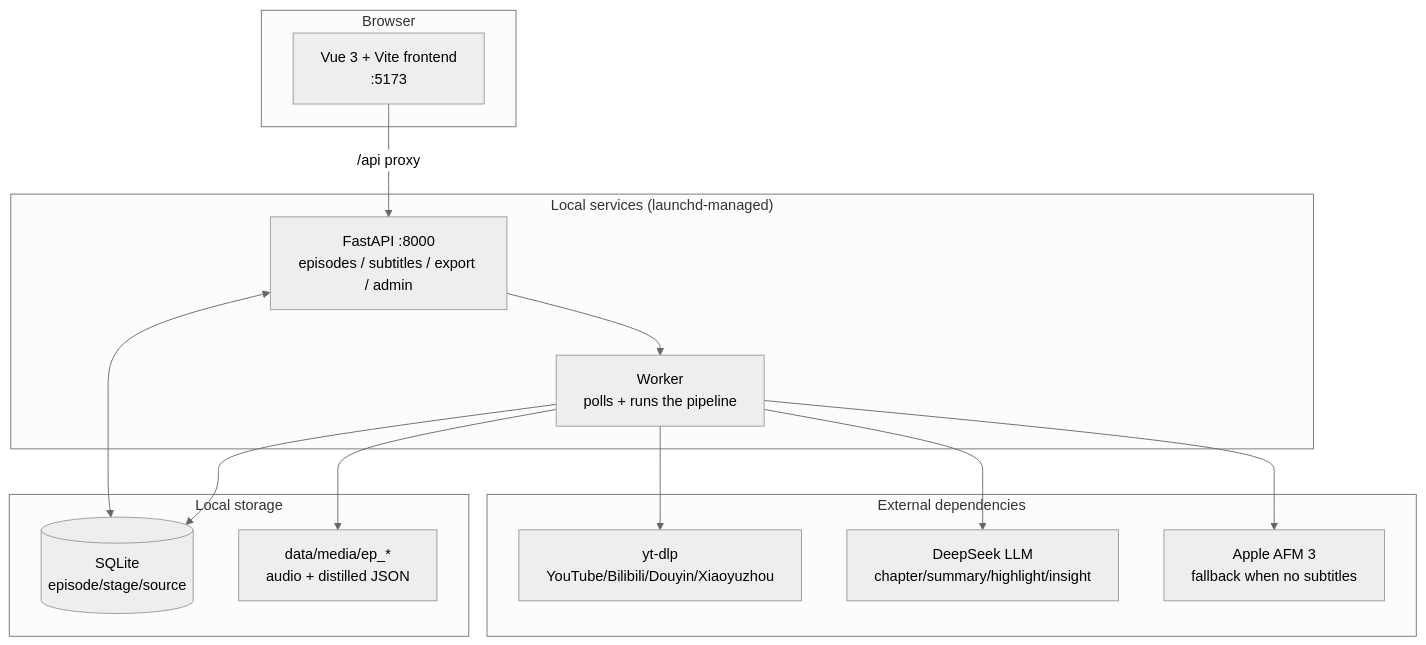
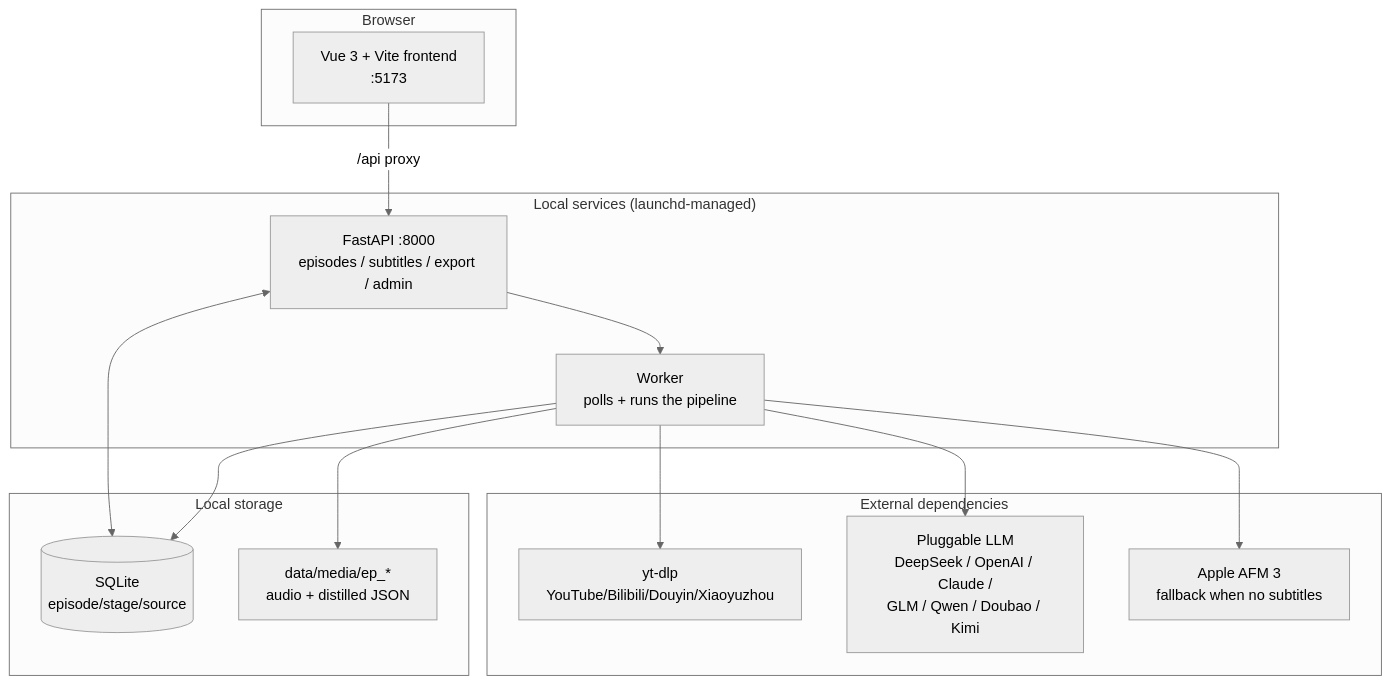
Before and after one commit to Alliskyline2020/podcast-digester: the second of 2 diagrams in README.en.md, drawn with Mermaid (neutral theme). The commit also changed other lines of this file and 3 other files, not shown here.

````diff
--- a/README.en.md
+++ b/README.en.md
@@ -74,28 +98,28 @@
 ```mermaid
 flowchart TB
     subgraph Browser["Browser"]
         FE["Vue 3 + Vite frontend<br/>:5173"]
     end
     subgraph Backend["Local services (launchd-managed)"]
         API["FastAPI :8000<br/>episodes / subtitles / export / admin"]
         WK["Worker<br/>polls + runs the pipeline"]
     end
     subgraph Data["Local storage"]
         DB[("SQLite<br/>episode/stage/source")]
         FS["data/media/ep_*<br/>audio + distilled JSON"]
     end
     subgraph External["External dependencies"]
         YT["yt-dlp<br/>YouTube/Bilibili/Douyin/Xiaoyuzhou"]
-        LLM["DeepSeek LLM<br/>chapter/summary/highlight/insight"]
+        LLM["Pluggable LLM<br/>DeepSeek / OpenAI / Claude /<br/>GLM / Qwen / Doubao / Kimi"]
         ASR["Apple AFM 3<br/>fallback when no subtitles"]
     end
 
     FE -- "/api proxy" --> API
     API <--> DB
     API --> WK
     WK --> YT
     WK --> LLM
     WK --> ASR
     WK --> FS
     WK --> DB
 ```
````
